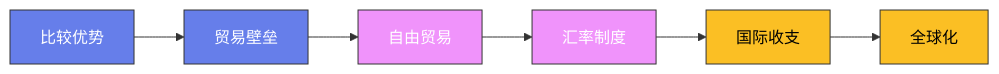
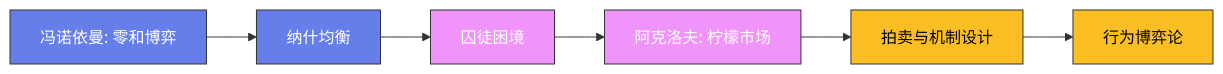
The diagram in content/posts/ModelCreate/经济学与金融/07-博弈论与信息经济学.md (Fengur/Fengur.github.io), drawn with Mermaid before and after one commit. The commit also changed 118 other files, not shown here.

````diff
--- a/content/posts/ModelCreate/经济学与金融/07-博弈论与信息经济学.md
+++ b/content/posts/ModelCreate/经济学与金融/07-博弈论与信息经济学.md
@@ -73,16 +73,16 @@
 ```mermaid
 graph LR
-    A["比较优势"] --> B["贸易壁垒"]
-    B --> C["自由贸易"]
-    C --> D["汇率制度"]
-    D --> E["国际收支"]
-    E --> F["全球化"]
+    A["冯诺依曼: 零和博弈"] --> B["纳什均衡"]
+    B --> C["囚徒困境"]
+    C --> D["阿克洛夫: 柠檬市场"]
+    D --> E["拍卖与机制设计"]
+    E --> F["行为博弈论"]
 
     classDef early fill:#667eea,stroke:#333,color:white
     classDef mid fill:#f093fb,stroke:#333,color:white
     classDef modern fill:#fbbf24,stroke:#333,color:black
 
     class A,B early
     class C,D mid
     class E,F modern
 ```
````
